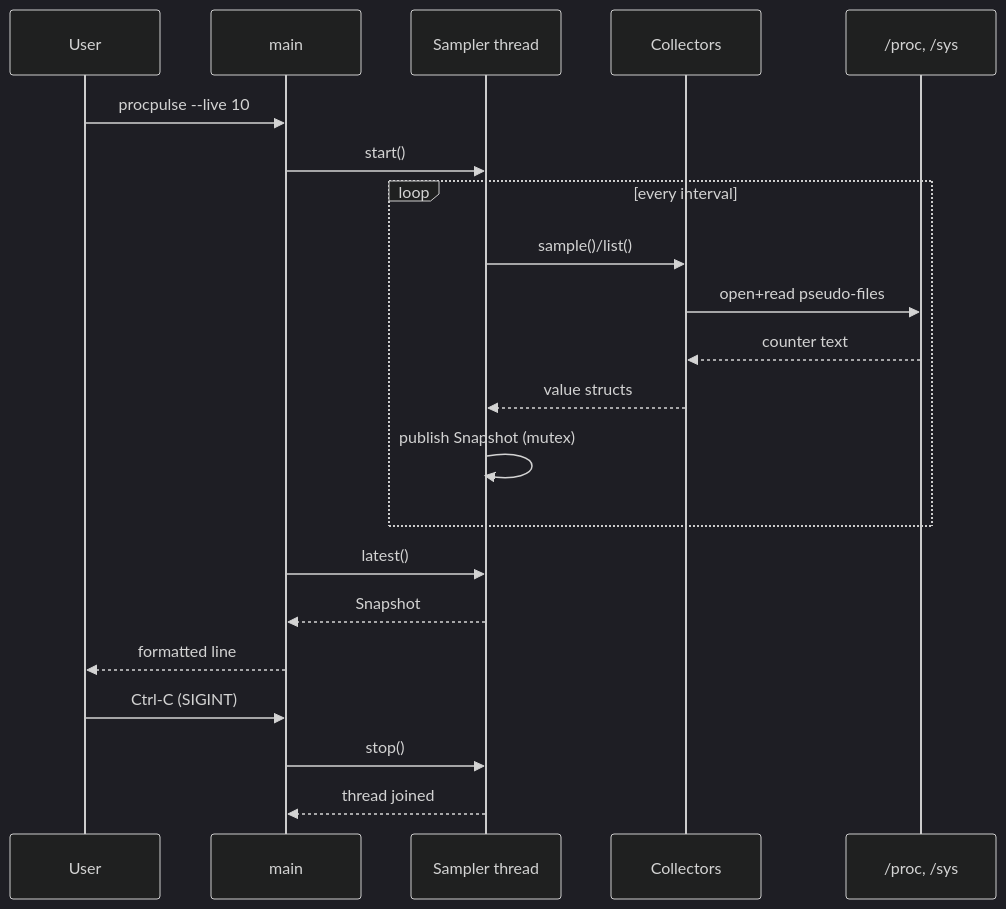
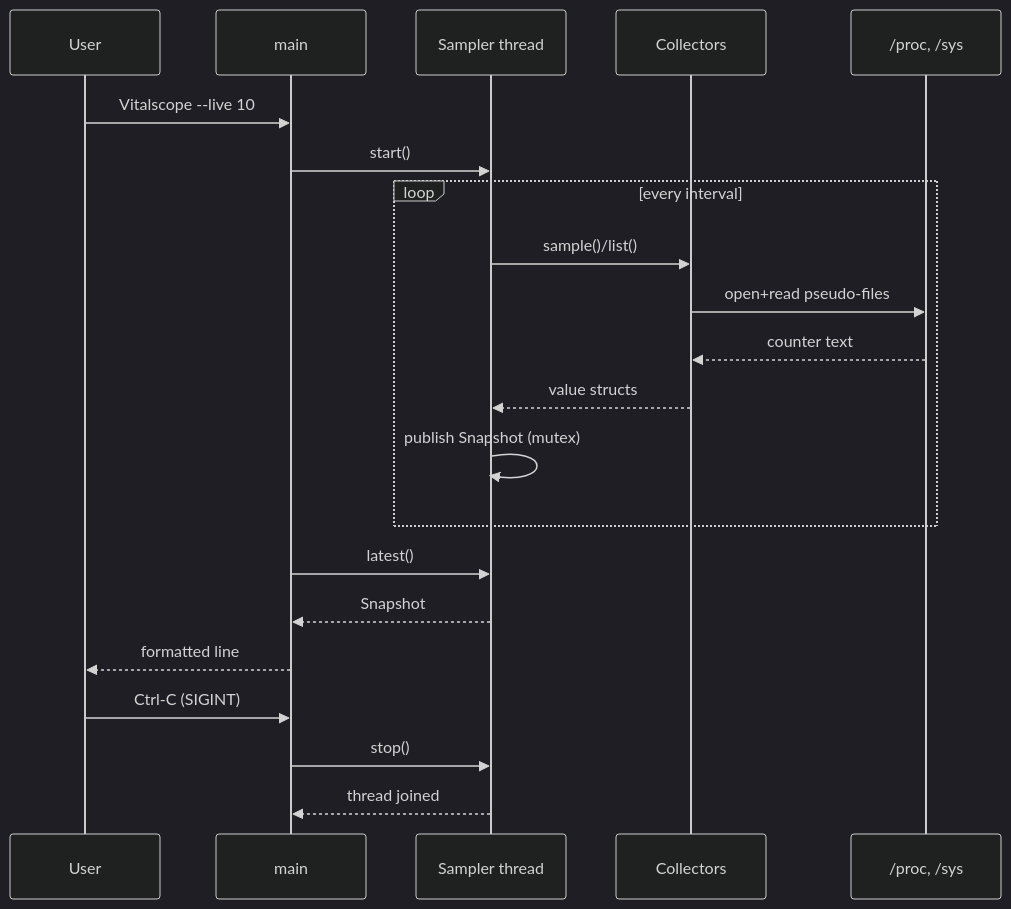
One commit to rudraprakashnayak/Vitalscope changed the third of 4 diagrams in docs/DESIGN.md. Above: the diagram before and after it, drawn with Mermaid (dark theme). The commit also changed other lines of this file and 23 other files, not shown here.

Commit message:
Replace procpulse references with vitalscope across codebase and documentation

````diff
--- a/docs/DESIGN.md
+++ b/docs/DESIGN.md
@@ -79,23 +79,23 @@
 ```mermaid
 sequenceDiagram
     participant U as User
     participant M as main
     participant S as Sampler thread
     participant C as Collectors
     participant P as /proc, /sys
-    U->>M: procpulse --live 10
+    U->>M: Vitalscope --live 10
     M->>S: start()
     loop every interval
         S->>C: sample()/list()
         C->>P: open+read pseudo-files
         P-->>C: counter text
         C-->>S: value structs
         S->>S: publish Snapshot (mutex)
     end
     M->>S: latest()
     S-->>M: Snapshot
     M-->>U: formatted line
     U->>M: Ctrl-C (SIGINT)
     M->>S: stop()
     S-->>M: thread joined
 ```
````
